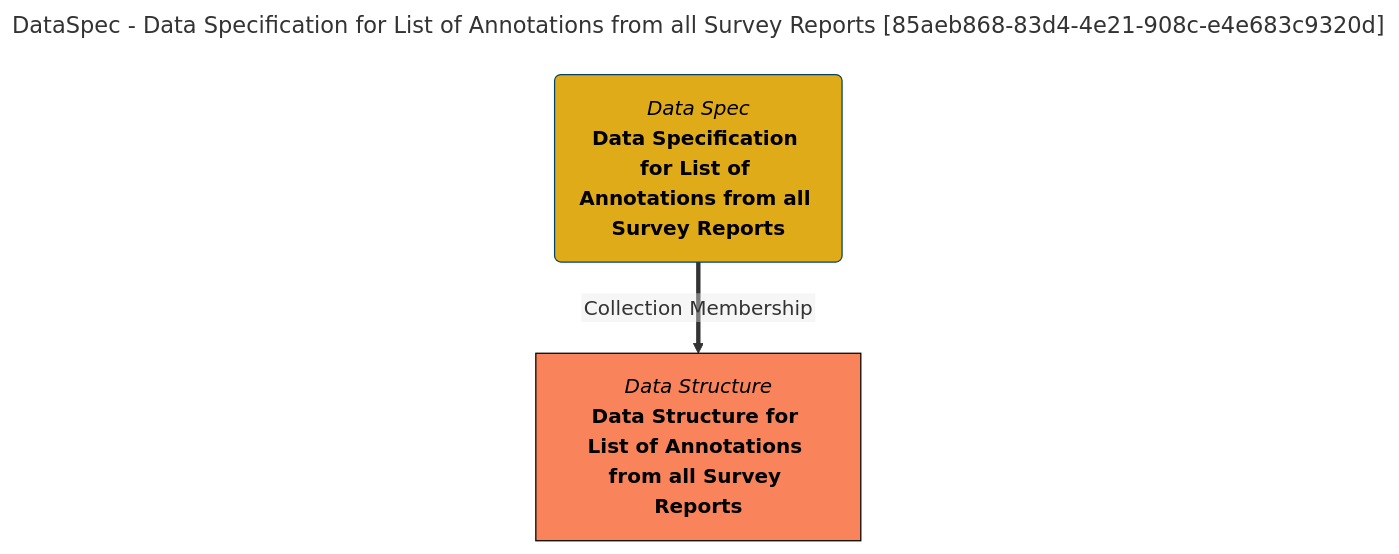
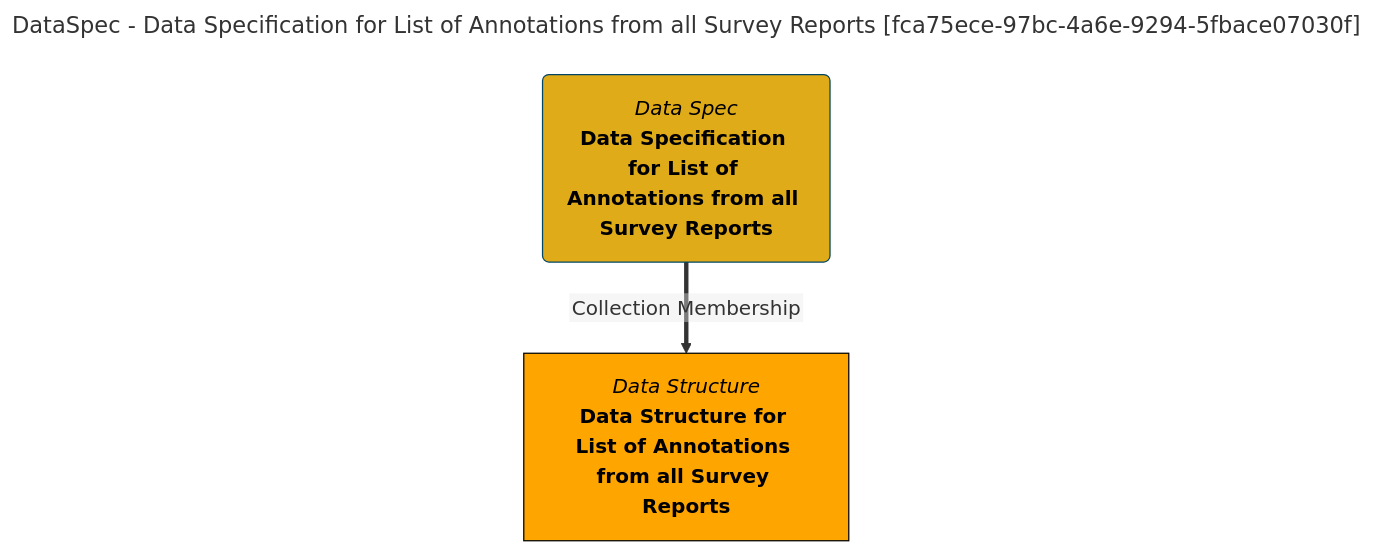
Before and after one commit to odpi/egeria-docs: the diagram in site/snippets/collections/data-specs/data-specification-for-list-of-annotations-from-all-survey-reports-mermaid-graph.md, drawn with Mermaid. The commit also changed 2201 other files, not shown here.

````diff
--- a/site/snippets/collections/data-specs/data-specification-for-list-of-annotations-from-all-survey-reports-mermaid-graph.md
+++ b/site/snippets/collections/data-specs/data-specification-for-list-of-annotations-from-all-survey-reports-mermaid-graph.md
@@ -1,15 +1,15 @@
 ```mermaid
 ---
-title: DataSpec - Data Specification for List of Annotations from all Survey Reports [85aeb868-83d4-4e21-908c-e4e683c9320d]
+title: DataSpec - Data Specification for List of Annotations from all Survey Reports [fca75ece-97bc-4a6e-9294-5fbace07030f]
 ---
 flowchart TD
 %%{init: {"flowchart": {"htmlLabels": false}} }%%
 
 1@{ shape: rounded, label: "*Data Spec*
 **Data Specification for List of Annotations from all Survey Reports**"}
 2@{ shape: rect, label: "*Data Structure*
 **Data Structure for List of Annotations from all Survey Reports**"}
 1==>|"Collection Membership"|2
 style 1 color:#000000, fill:#e0ab18, stroke:#004563
-style 2 color:#000000, fill:#f9845b, stroke:#000000
+style 2 color:#000000, fill:#FFA500, stroke:#000000
 ```
````
